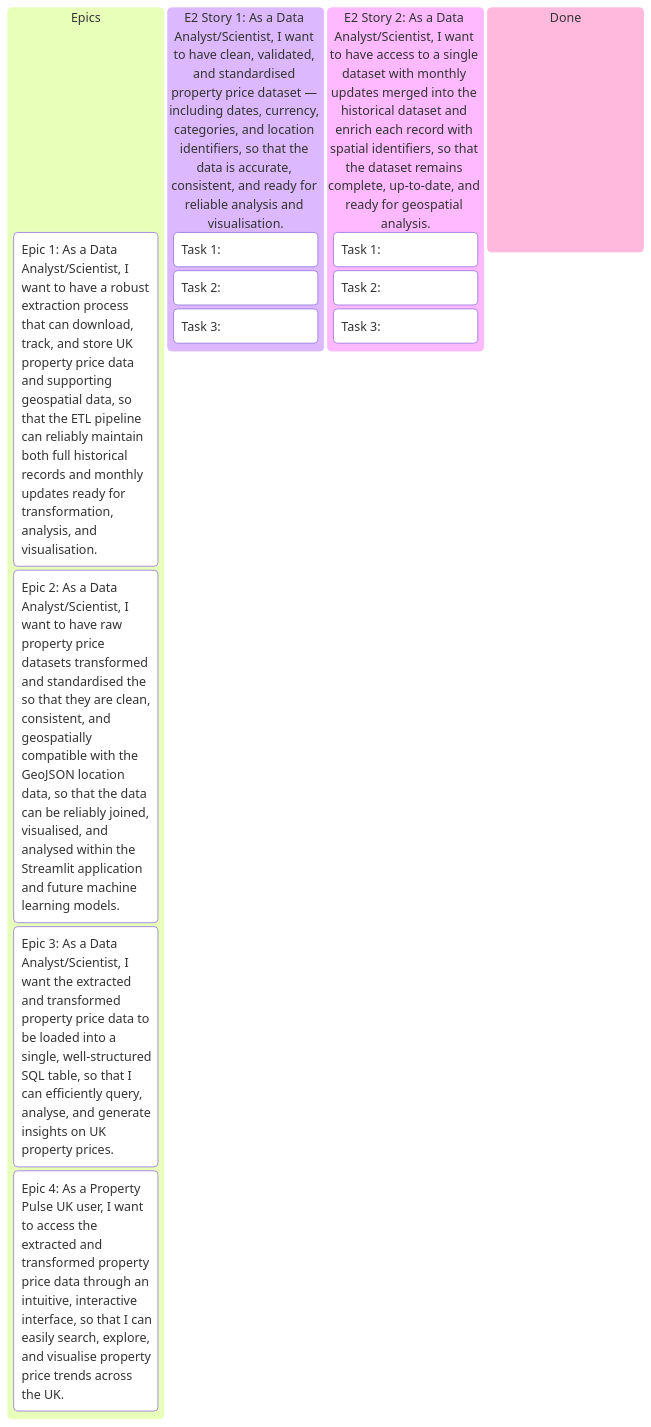
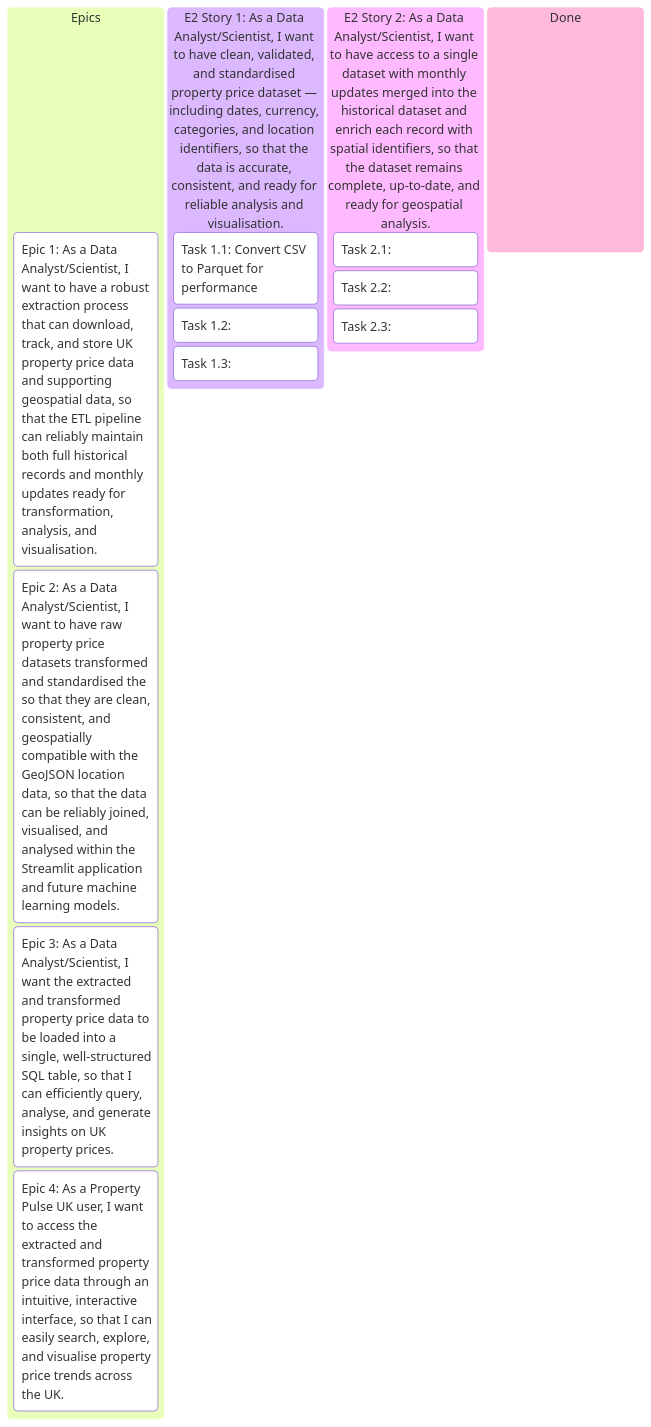
Before and after one commit to pavlekovic/property-pulse-uk: the second of 2 diagrams in README.md, drawn with Mermaid. The commit also changed other lines of this file, not shown here.

````diff
--- a/README.md
+++ b/README.md
@@ -226,24 +225,24 @@
 ```mermaid
 kanban
     Epics
         (Epic 1: As a Data Analyst/Scientist, I want to have a robust extraction process that can download, track, and store UK property price data and supporting geospatial data, so that the ETL pipeline can reliably maintain both full historical records and monthly updates ready for transformation, analysis, and visualisation.)
 
         (Epic 2: As a Data Analyst/Scientist, I want to have raw property price datasets transformed and standardised the so that they are clean, consistent, and geospatially compatible with the GeoJSON location data, so that the data can be reliably joined, visualised, and analysed within the Streamlit application and future machine learning models.)
 
         (Epic 3: As a Data Analyst/Scientist, I want the extracted and transformed property price data to be loaded into a single, well-structured SQL table, so that I can efficiently query, analyse, and generate insights on UK property prices.)
 
         (Epic 4: As a Property Pulse UK user, I want to access the extracted and transformed property price data through an intuitive, interactive interface, so that I can easily search, explore, and visualise property price trends across the UK.)
 
     (E2 Story 1: As a Data Analyst/Scientist, I want to have clean, validated, and standardised property price dataset — including dates, currency, categories, and location identifiers, so that the data is accurate, consistent, and ready for reliable analysis and visualisation.)
-        Task 1:
-        Task 2:
-        Task 3:
+        Task 1.1: Convert CSV to Parquet for performance
+        Task 1.2:
+        Task 1.3:
 
     (E2 Story 2: As a Data Analyst/Scientist, I want to have access to a single dataset with monthly updates merged into the historical dataset and enrich each record with spatial identifiers, so that the dataset remains complete, up-to-date, and ready for geospatial analysis.)
-        Task 1:
-        Task 2:
-        Task 3:
+        Task 2.1:
+        Task 2.2:
+        Task 2.3:
 
     Done
         
 ```
````
